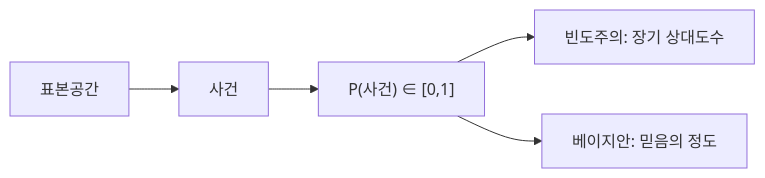
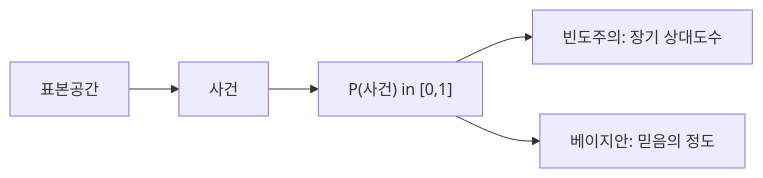
Before and after one commit to yeongseon-books/book-content: the diagram in content/probability-101/ko/01-what-is-probability.md, drawn with Mermaid. The commit also changed other lines of this file and 9 other files, not shown here.

````diff
--- a/content/probability-101/ko/01-what-is-probability.md
+++ b/content/probability-101/ko/01-what-is-probability.md
@@ -49,7 +51,7 @@
 ```mermaid
 flowchart LR
     Sample["표본공간"] --> Event["사건"]
-    Event --> P["P(사건) ∈ [0,1]"]
+    Event --> P["P(사건) in [0,1]"]
     P --> Freq["빈도주의: 장기 상대도수"]
     P --> Bayes["베이지안: 믿음의 정도"]
 ```
````
